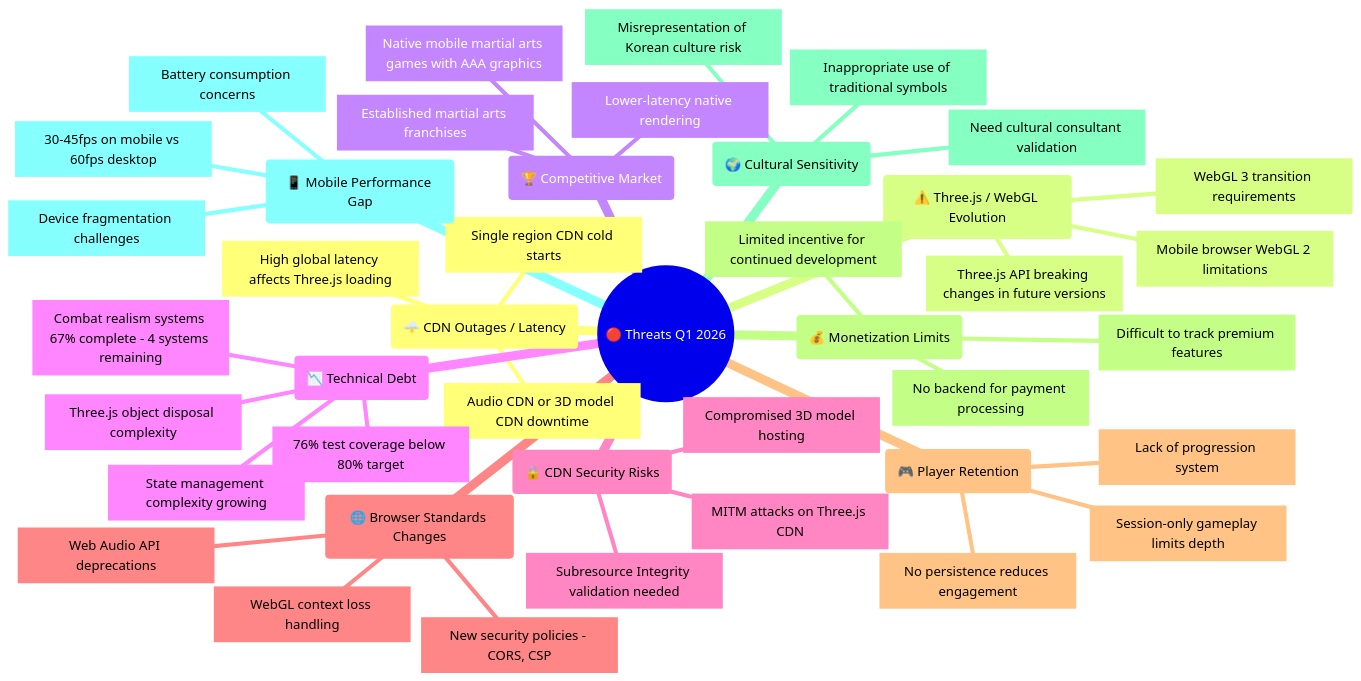
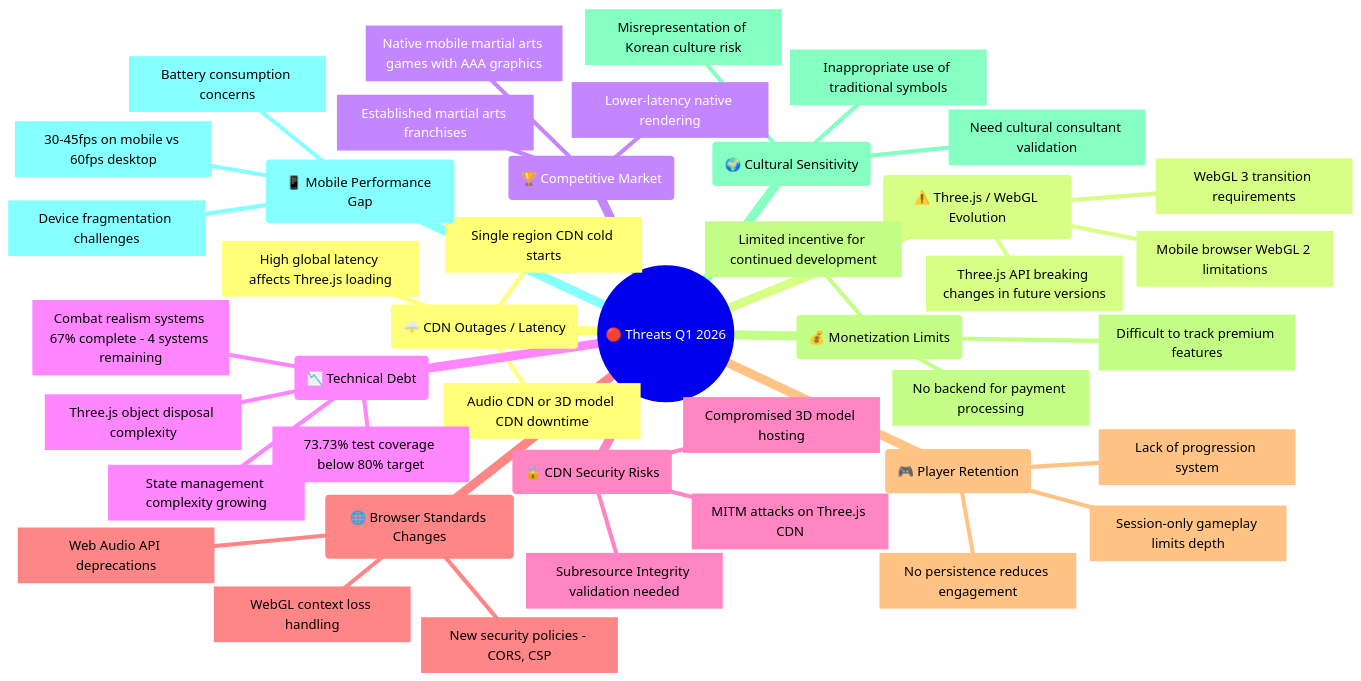
Diagram 12 of 22 in ARCHITECTURE.md (Hack23/blacktrigram), drawn with Mermaid before and after one commit. The commit also changed other lines of this file, not shown here.

First line of the commit message:
Update test coverage metrics to match actual coverage data from coverage-summary.json

````diff
--- a/ARCHITECTURE.md
+++ b/ARCHITECTURE.md
@@ -1654,45 +1654,45 @@
 ```mermaid
 mindmap
   root((🔴 Threats Q1 2026))
     id1(🌩️ CDN Outages / Latency)
       id1.1[Audio CDN or 3D model CDN downtime]
       id1.2[High global latency affects Three.js loading]
       id1.3[Single region CDN cold starts]
     id2(⚠️ Three.js / WebGL Evolution)
       id2.1[Three.js API breaking changes in future versions]
       id2.2[WebGL 3 transition requirements]
       id2.3[Mobile browser WebGL 2 limitations]
     id3(🏆 Competitive Market)
       id3.1[Native mobile martial arts games with AAA graphics]
       id3.2[Lower-latency native rendering]
       id3.3[Established martial arts franchises]
     id4(📉 Technical Debt)
       id4.1[Three.js object disposal complexity]
       id4.2[Combat realism systems 67% complete - 4 systems remaining]
       id4.3[State management complexity growing]
-      id4.4[76% test coverage below 80% target]
+      id4.4[73.73% test coverage below 80% target]
     id5(🔒 CDN Security Risks)
       id5.1[MITM attacks on Three.js CDN]
       id5.2[Compromised 3D model hosting]
       id5.3[Subresource Integrity validation needed]
     id6(🌐 Browser Standards Changes)
       id6.1[Web Audio API deprecations]
       id6.2[WebGL context loss handling]
       id6.3[New security policies - CORS, CSP]
     id7(🎮 Player Retention)
       id7.1[No persistence reduces engagement]
       id7.2[Lack of progression system]
       id7.3[Session-only gameplay limits depth]
     id8(💰 Monetization Limits)
       id8.1[No backend for payment processing]
       id8.2[Difficult to track premium features]
       id8.3[Limited incentive for continued development]
     id9(🌍 Cultural Sensitivity)
       id9.1[Misrepresentation of Korean culture risk]
       id9.2[Inappropriate use of traditional symbols]
       id9.3[Need cultural consultant validation]
     id10(📱 Mobile Performance Gap)
       id10.1[30-45fps on mobile vs 60fps desktop]
       id10.2[Device fragmentation challenges]
       id10.3[Battery consumption concerns]
 ```
````
